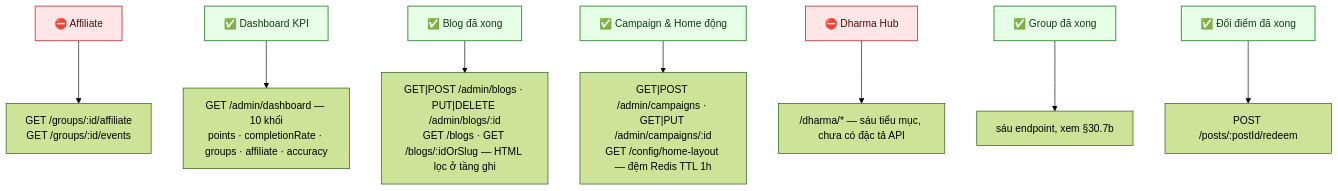
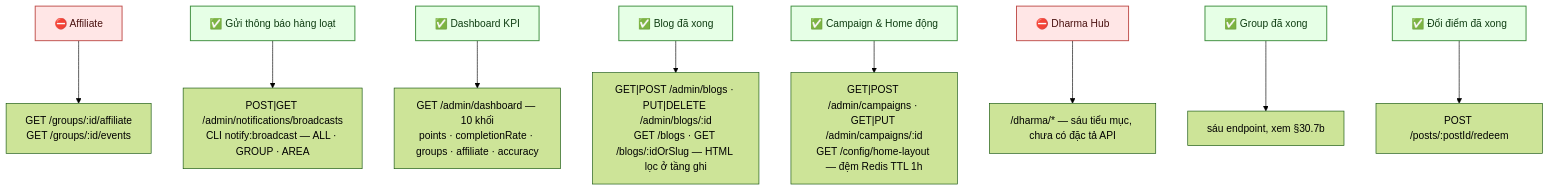
Before and after one commit to fdshn/trueheart: the second of 2 diagrams in docs/diagram/30-endpoint-matrix.md, drawn with Mermaid (forest theme). The commit also changed 25 other files, not shown here.

First line of the commit message:
feat(notification): F47 gửi thông báo hàng loạt theo toàn hệ thống, nhóm hoặc vùng

````diff
--- a/docs/diagram/30-endpoint-matrix.md
+++ b/docs/diagram/30-endpoint-matrix.md
@@ -182,19 +182,21 @@
 ```mermaid
 flowchart TD
     B["⛔ Affiliate"] --> B1["GET /groups/:id/affiliate<br/>GET /groups/:id/events"]
+    H["✅ Gửi thông báo hàng loạt"] --> H1["POST|GET /admin/notifications/broadcasts<br/>CLI notify:broadcast — ALL · GROUP · AREA"]
     D["✅ Dashboard KPI"] --> D1["GET /admin/dashboard — 10 khối<br/>points · completionRate · groups · affiliate · accuracy"]
     E["✅ Blog đã xong"] --> E1["GET|POST /admin/blogs · PUT|DELETE /admin/blogs/:id<br/>GET /blogs · GET /blogs/:idOrSlug — HTML lọc ở tầng ghi"]
     G["✅ Campaign & Home động"] --> G1["GET|POST /admin/campaigns · GET|PUT /admin/campaigns/:id<br/>GET /config/home-layout — đệm Redis TTL 1h"]
     F["⛔ Dharma Hub"] --> F1["/dharma/* — sáu tiểu mục, chưa có đặc tả API"]
 
     A["✅ Group đã xong"] --> A1["sáu endpoint, xem §30.7b"]
     C["✅ Đổi điểm đã xong"] --> C1["POST /posts/:postId/redeem"]
 
     style A fill:#e6ffe6,stroke:#3f8f3f,stroke-width:1.5px,color:#0f3d12
     style C fill:#e6ffe6,stroke:#3f8f3f,stroke-width:1.5px,color:#0f3d12
     style B fill:#ffe6e6,stroke:#c0504d,stroke-width:1.5px,color:#4a1210
     style D fill:#e6ffe6,stroke:#3f8f3f,stroke-width:1.5px,color:#0f3d12
     style E fill:#e6ffe6,stroke:#3f8f3f,stroke-width:1.5px,color:#0f3d12
     style F fill:#ffe6e6,stroke:#c0504d,stroke-width:1.5px,color:#4a1210
     style G fill:#e6ffe6,stroke:#3f8f3f,stroke-width:1.5px,color:#0f3d12
+    style H fill:#e6ffe6,stroke:#3f8f3f,stroke-width:1.5px,color:#0f3d12
 ```
````
